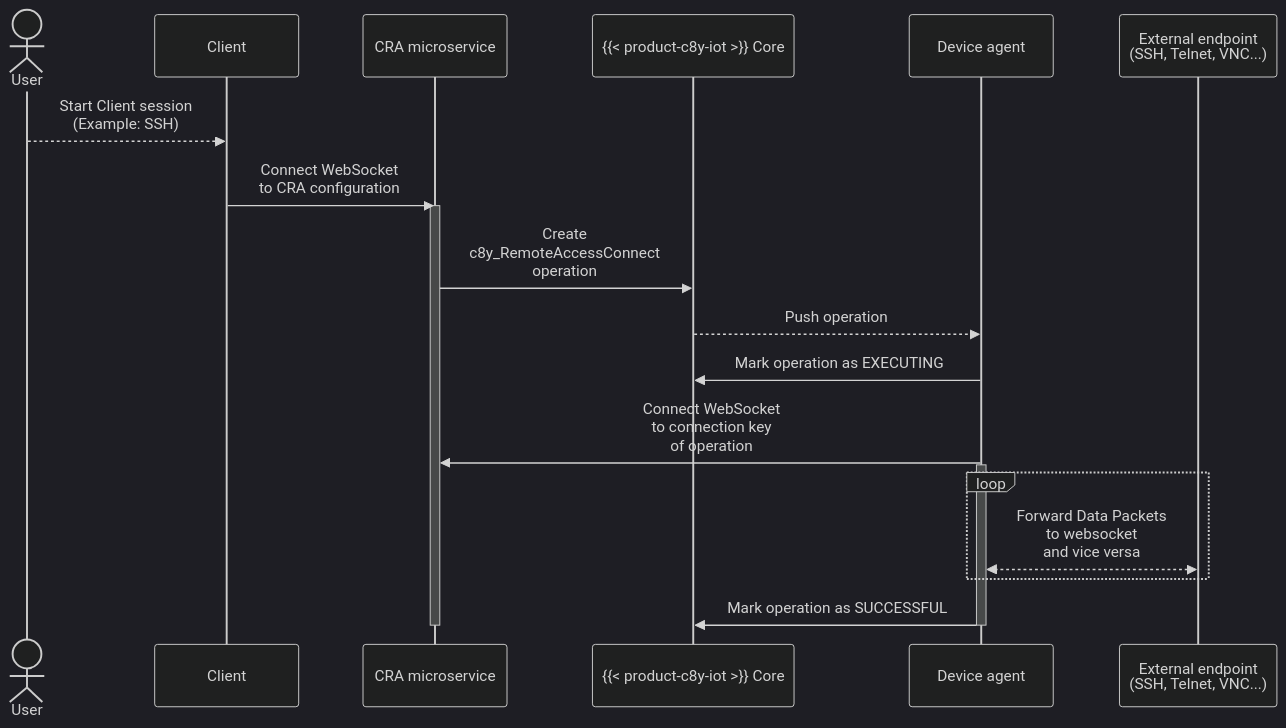
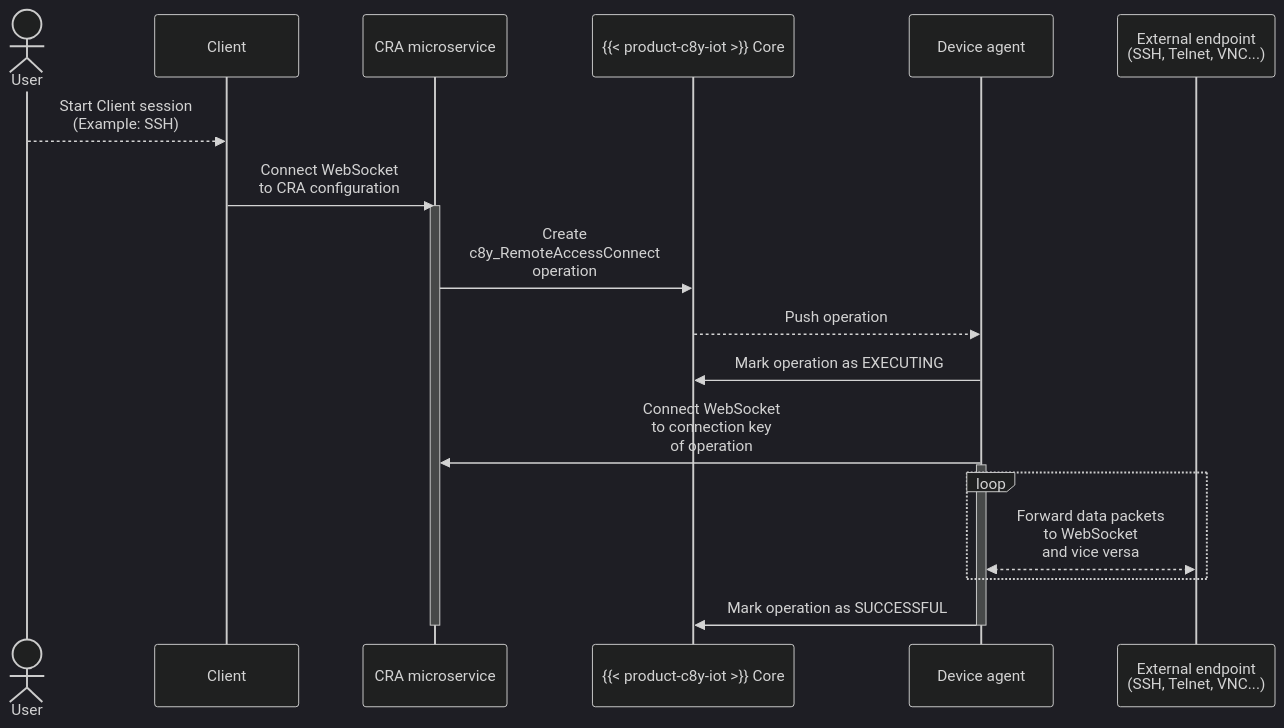
The diagram in content/cloud-remote-access/cra-api-bundle/overview.md (Cumulocity-IoT/c8y-docs), drawn with Mermaid (dark theme) before and after one commit.

````diff
--- a/content/cloud-remote-access/cra-api-bundle/overview.md
+++ b/content/cloud-remote-access/cra-api-bundle/overview.md
@@ -7,24 +7,24 @@
 ```mermaid
 sequenceDiagram
     actor U as User
     participant CL as Client
     participant CRA as CRA microservice
     participant CORE as {{< product-c8y-iot >}} Core
     participant DA as Device agent
     participant S as External endpoint <br/>(SSH, Telnet, VNC...)
     
     U -->> CL: Start Client session <br />(Example: SSH)
     CL ->> CRA: Connect WebSocket <br /> to CRA configuration
     activate CRA
     CRA ->> CORE: Create <br />c8y_RemoteAccessConnect<br/> operation
     CORE -->> DA: Push operation
     DA ->> CORE: Mark operation as EXECUTING
     DA ->> CRA: Connect WebSocket <br /> to connection key <br > of operation
     activate DA
     loop
-        DA <<-->> S: Forward Data Packets <br /> to websocket <br /> and vice versa   
+        DA <<-->> S: Forward data packets <br /> to WebSocket <br /> and vice versa   
     end
     DA ->> CORE: Mark operation as SUCCESSFUL
     deactivate CRA
     deactivate DA
 ```
````
